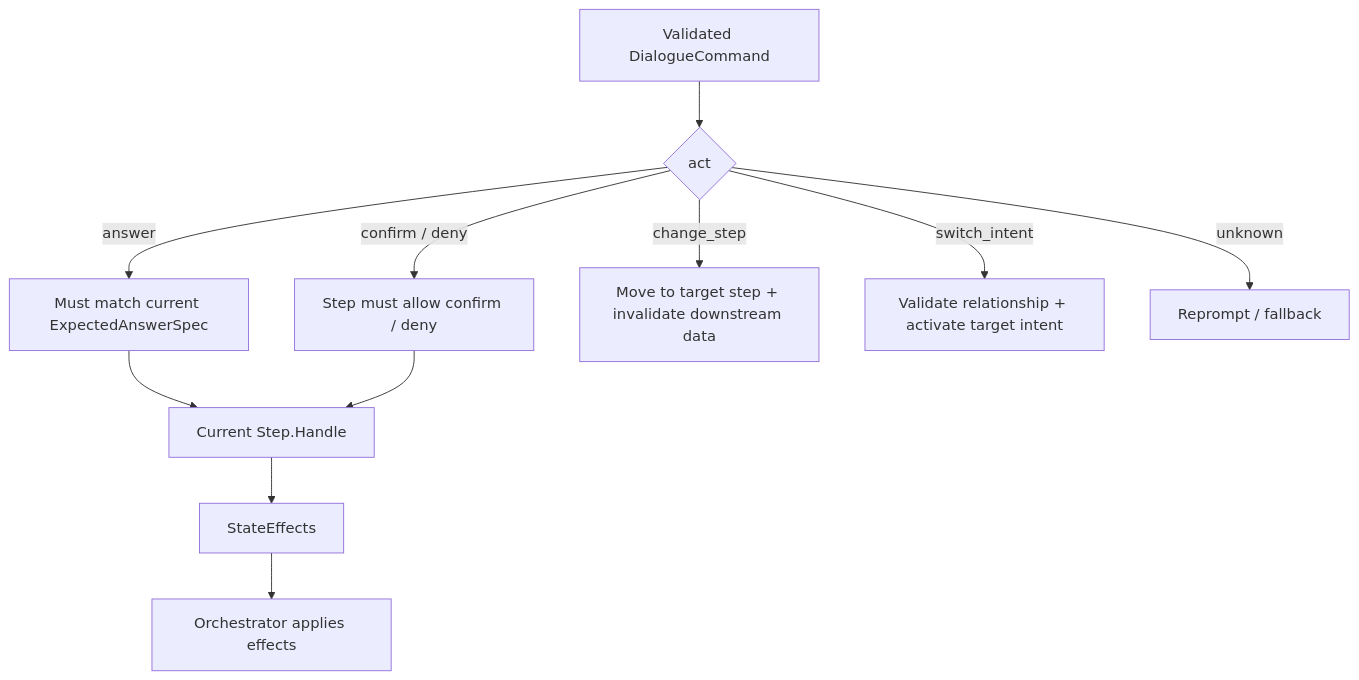
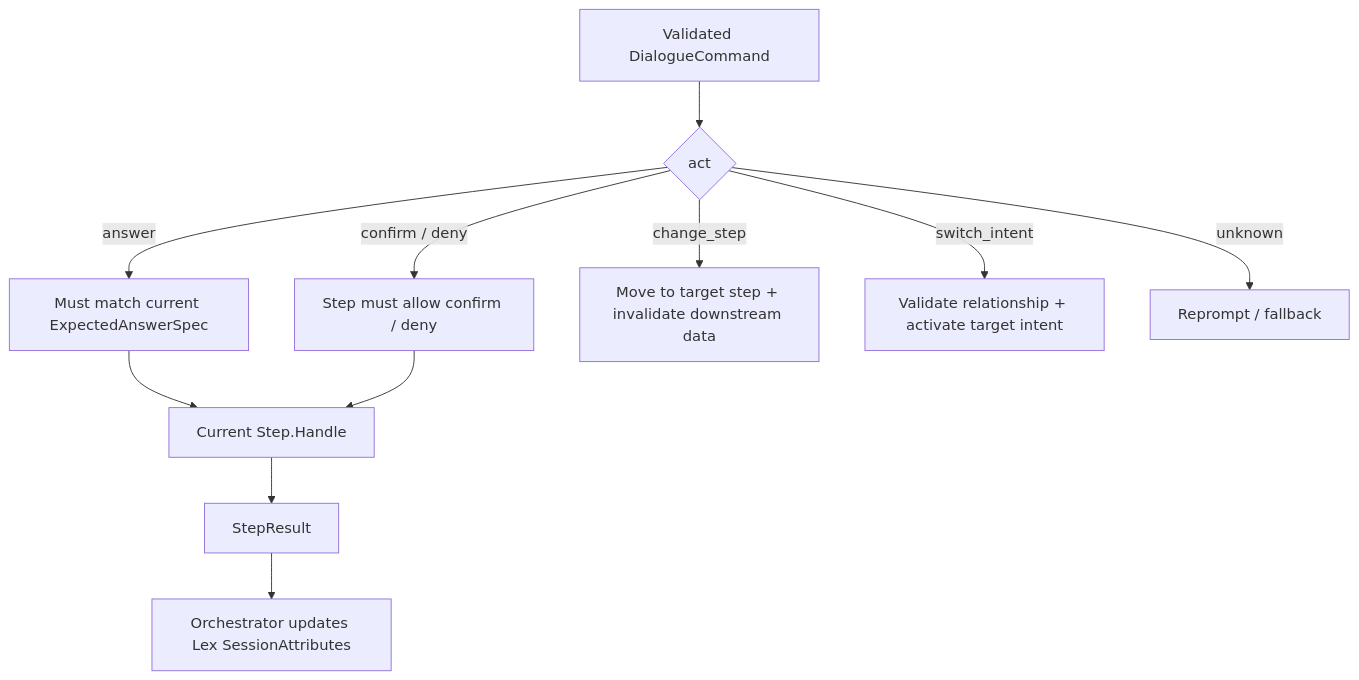
The seventh of 8 diagrams in docs/superpowers/specs/2026-06-07-intent-step-orchestration-confluence.md (fghjkl007/adk-go-company-model-integration), drawn with Mermaid before and after one commit. The commit also changed other lines of this file, not shown here.

Commit message:
docs: align demo diagrams with session attributes

````diff
--- a/docs/superpowers/specs/2026-06-07-intent-step-orchestration-confluence.md
+++ b/docs/superpowers/specs/2026-06-07-intent-step-orchestration-confluence.md
@@ -154,15 +155,15 @@
 ```mermaid
 flowchart TD
   Command["Validated DialogueCommand"] --> Act{"act"}
 
   Act -->|answer| Answer["Must match current ExpectedAnswerSpec"]
   Act -->|confirm / deny| Confirm["Step must allow confirm / deny"]
   Act -->|change_step| Change["Move to target step + invalidate downstream data"]
   Act -->|switch_intent| Switch["Validate relationship + activate target intent"]
   Act -->|unknown| Unknown["Reprompt / fallback"]
 
   Answer --> Handle["Current Step.Handle"]
   Confirm --> Handle
-  Handle --> Effects["StateEffects"]
-  Effects --> Apply["Orchestrator applies effects"]
+  Handle --> StepResult["StepResult"]
+  StepResult --> Apply["Orchestrator updates Lex SessionAttributes"]
 ```
````
